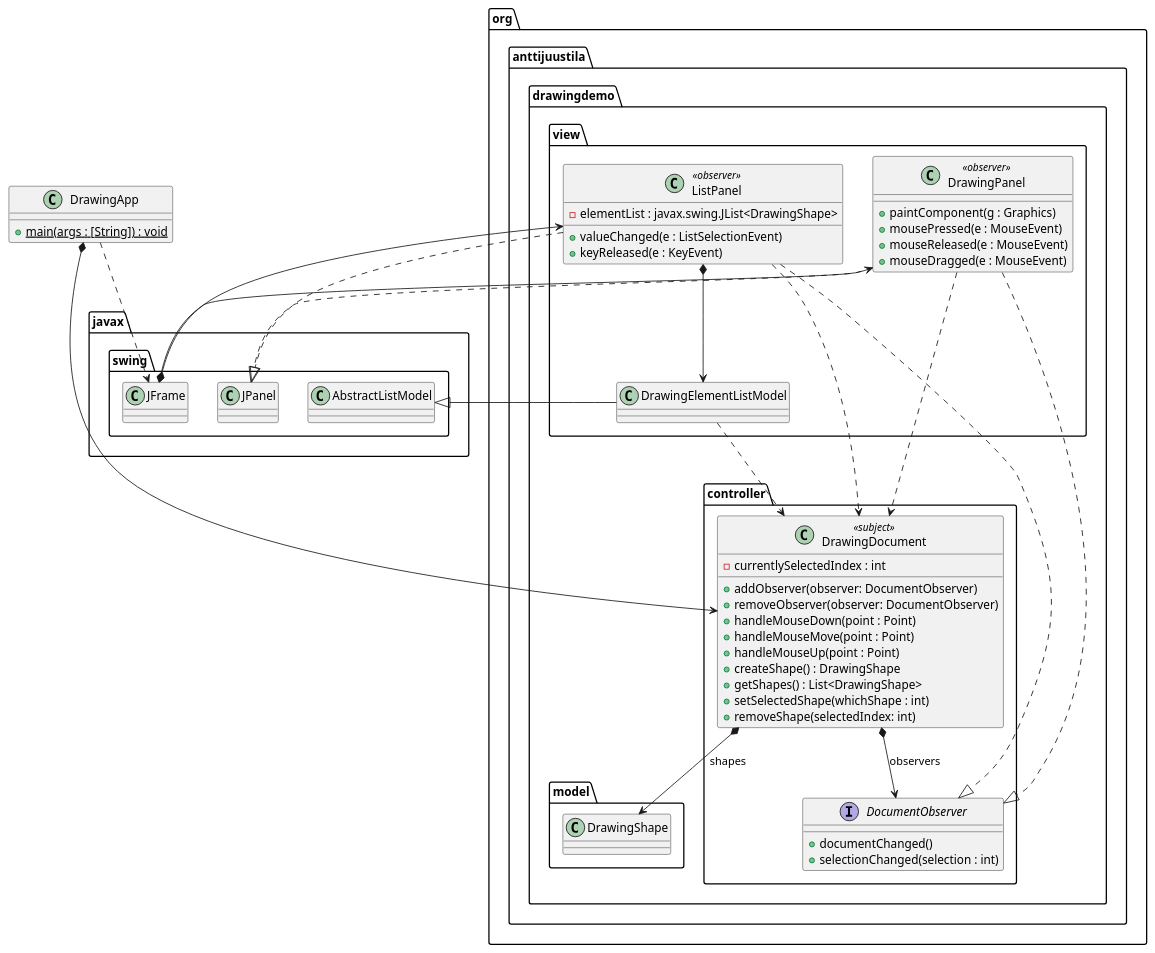
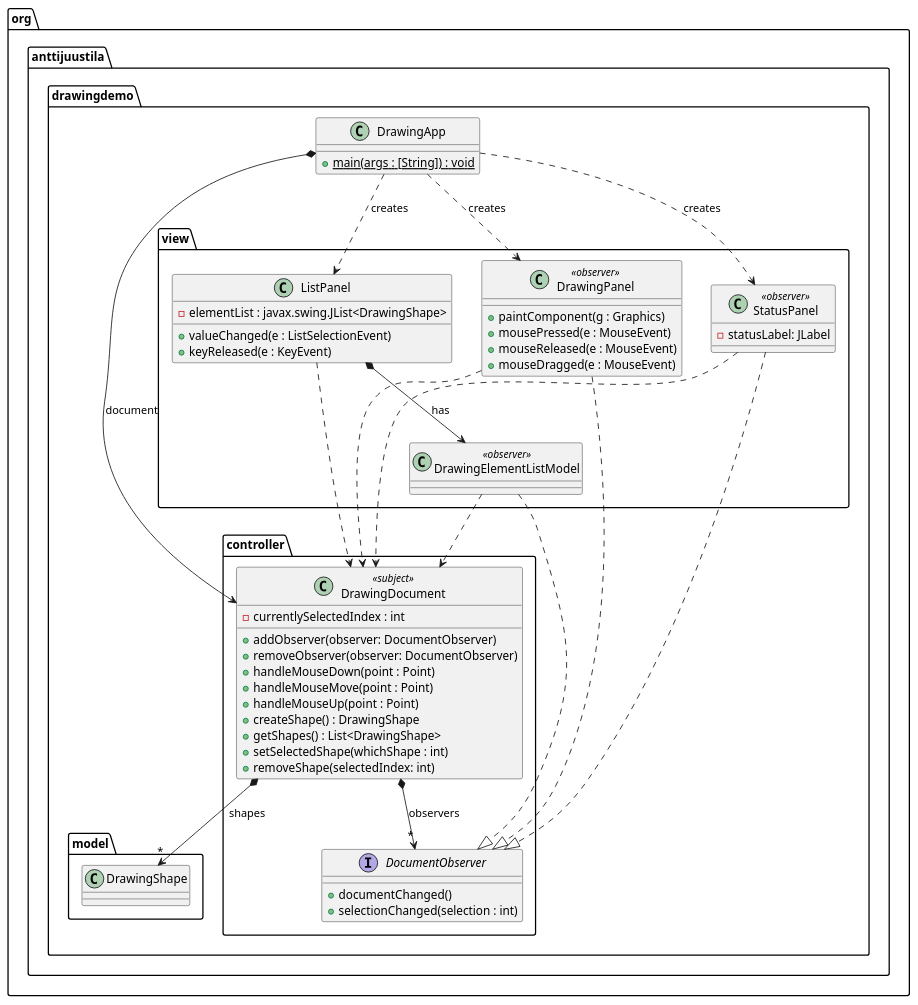
One commit to anttijuu/drawingdemo changed the diagram in classes.puml. Above: the diagram before and after it, drawn with PlantUML. The commit also changed 3 other files, not shown here.

Commit message:
Updates related to recent changes: - ListPanel need not implement DocumentObserver, did that - Updated class diagram and docs related to above

```diff
--- a/classes.puml
+++ b/classes.puml
@@ -1,66 +1,68 @@
 @startuml
-skinparam groupInheritance 2
+skinparam groupInheritance 1
 top to bottom direction
 
-class DrawingApp {
-	+ {static} main(args : [String]) : void
-}
+package org.anttijuustila.drawingdemo {
 
-DrawingApp *--> org.anttijuustila.drawingdemo.controller.DrawingDocument
-DrawingApp ..> javax.swing.JFrame
-javax.swing.JFrame *--> org.anttijuustila.drawingdemo.view.DrawingPanel
-javax.swing.JFrame *--> org.anttijuustila.drawingdemo.view.ListPanel
+	class DrawingApp {
+		+ {static} main(args : [String]) : void
+	}
 
-package org.anttijuustila.drawingdemo {
+	DrawingApp *--> controller.DrawingDocument : document
+	DrawingApp ..> view.ListPanel : creates
+	DrawingApp ..> view.DrawingPanel : creates
+	DrawingApp ..> view.StatusPanel : creates
 
 	package controller {
 		class DrawingDocument <<subject>>  {
 			- currentlySelectedIndex : int 
 			+ addObserver(observer: DocumentObserver)
 			+ removeObserver(observer: DocumentObserver)
 			+ handleMouseDown(point : Point)
 			+ handleMouseMove(point : Point) 
 			+ handleMouseUp(point : Point)
 			+ createShape() : DrawingShape
 			+ getShapes() : List<DrawingShape>
 			+ setSelectedShape(whichShape : int)
 			+ removeShape(selectedIndex: int)
 		}
 		interface DocumentObserver {
 			+ documentChanged()
 			+ selectionChanged(selection : int)
 		}
-		DrawingDocument *--> DocumentObserver : observers
-		DrawingDocument *--> org.anttijuustila.drawingdemo.model.DrawingShape : shapes
+		DrawingDocument *--> "*" DocumentObserver : observers
+		DrawingDocument *--> "*" org.anttijuustila.drawingdemo.model.DrawingShape : shapes
 	}
 
 	package model {
 		class DrawingShape
 	}
 
 	package view {
-		class ListPanel <<observer>> {
+		class ListPanel {
 			- elementList : javax.swing.JList<DrawingShape>
 			+ valueChanged(e : ListSelectionEvent)
 			+ keyReleased(e : KeyEvent) 
 		}
-		ListPanel ..|> DocumentObserver
 		ListPanel ..> DrawingDocument
-		ListPanel ..|> javax.swing.JPanel
 		class DrawingPanel  <<observer>> {
 			+ paintComponent(g : Graphics)
 			+ mousePressed(e : MouseEvent)
 			+ mouseReleased(e : MouseEvent)
 			+ mouseDragged(e : MouseEvent)
 		}
 		DrawingPanel ..|> DocumentObserver
-		DrawingPanel ..|> javax.swing.JPanel
 		DrawingPanel ..> DrawingDocument
-		class DrawingElementListModel
-		ListPanel *--> DrawingElementListModel
+		class DrawingElementListModel <<observer>>
+		ListPanel *--> DrawingElementListModel : has
 		DrawingElementListModel ..> org.anttijuustila.drawingdemo.controller.DrawingDocument
-		DrawingElementListModel --|> javax.swing.AbstractListModel
+		DrawingElementListModel ..|> DocumentObserver
+		class StatusPanel <<observer>> {
+			- statusLabel: JLabel
+		}
+		StatusPanel ..|> DocumentObserver
+		StatusPanel ..> DrawingDocument
 	}
 
 }
 @enduml
```
